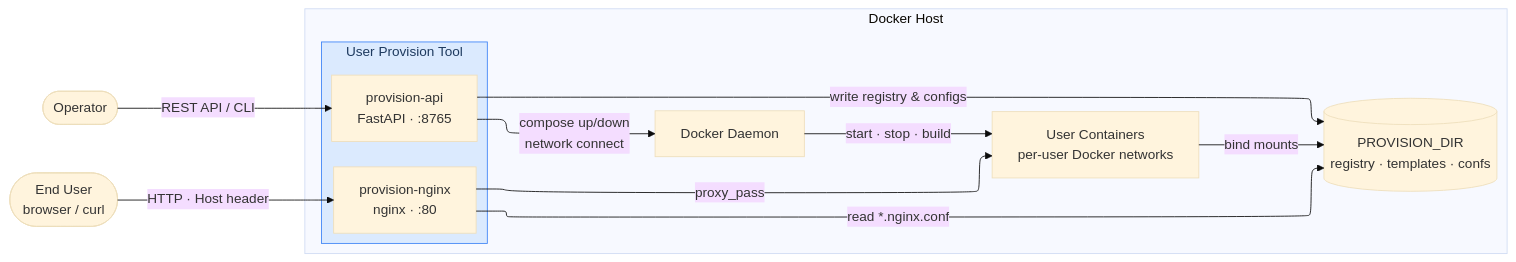
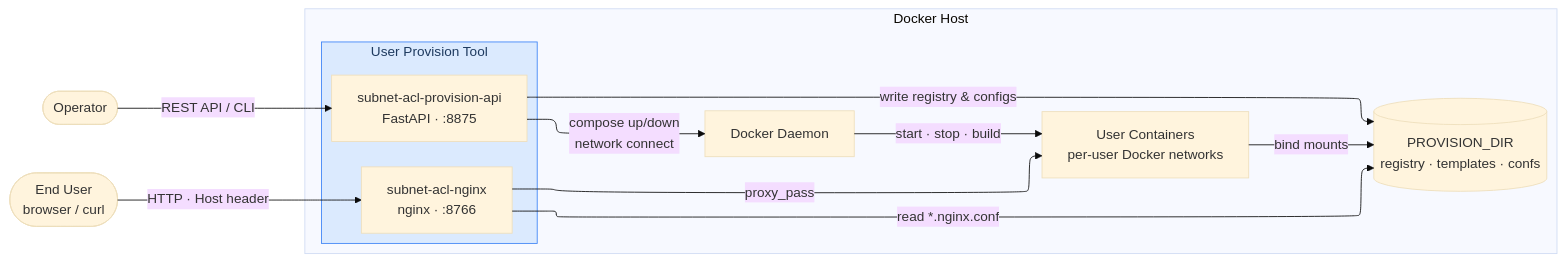
Before and after one commit to user-provision-tool/user_provision_tool: the second of 2 diagrams in README.md, drawn with Mermaid (base theme). The commit also changed other lines of this file and 9 other files, not shown here.

Commit message:
docs: update docs and tests for subnet-acl merge

````diff
--- a/README.md
+++ b/README.md
@@ -295,32 +324,32 @@
 ```mermaid
 %%{init: {"flowchart": {"defaultRenderer": "elk"}, "elk": {"nodePlacementStrategy": "NETWORK_SIMPLEX", "edgeRouting": "SPLINES"}} }%%
 flowchart LR
     operator(["Operator"])
     end_user(["End User\nbrowser / curl"])
 
     subgraph host["Docker Host"]
         subgraph upt["User Provision Tool"]
             direction TB
-            provision_api["provision-api\nFastAPI · :8765"]
-            provision_nginx["provision-nginx\nnginx · :80"]
+            provision_api["subnet-acl-provision-api\nFastAPI · :8875"]
+            provision_nginx["subnet-acl-nginx\nnginx · :8766"]
         end
 
         docker_daemon["Docker Daemon"]
         provision_dir[("PROVISION_DIR\nregistry · templates · confs")]
         user_nets["User Containers\nper-user Docker networks"]
     end
 
     operator -->|"REST API / CLI"| provision_api
     end_user -->|"HTTP · Host header"| provision_nginx
 
     provision_api -->|"compose up/down\nnetwork connect"| docker_daemon
     provision_api -->|"write registry & configs"| provision_dir
 
     provision_nginx -->|"read *.nginx.conf"| provision_dir
     provision_nginx -->|"proxy_pass"| user_nets
 
     docker_daemon -->|"start · stop · build"| user_nets
     user_nets -->|"bind mounts"| provision_dir
 
     style upt fill:#dbeafe,stroke:#3b82f6,color:#1e3a5f
 ```
````
